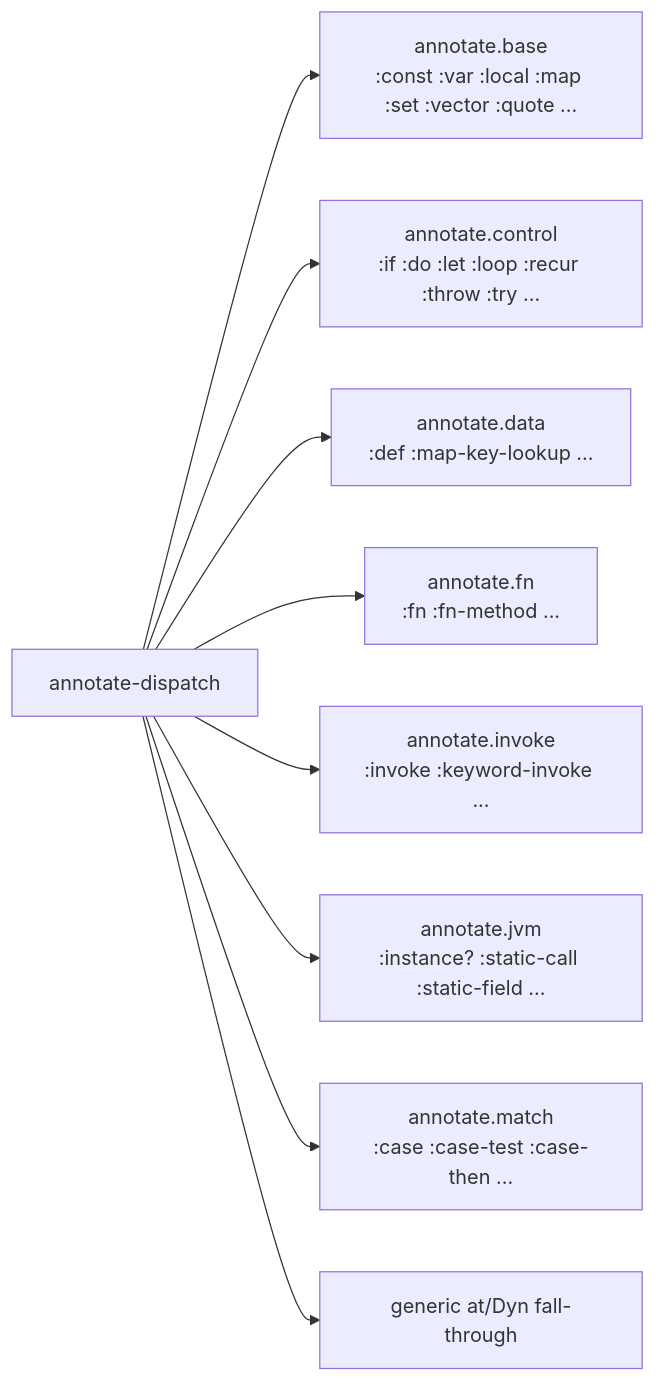
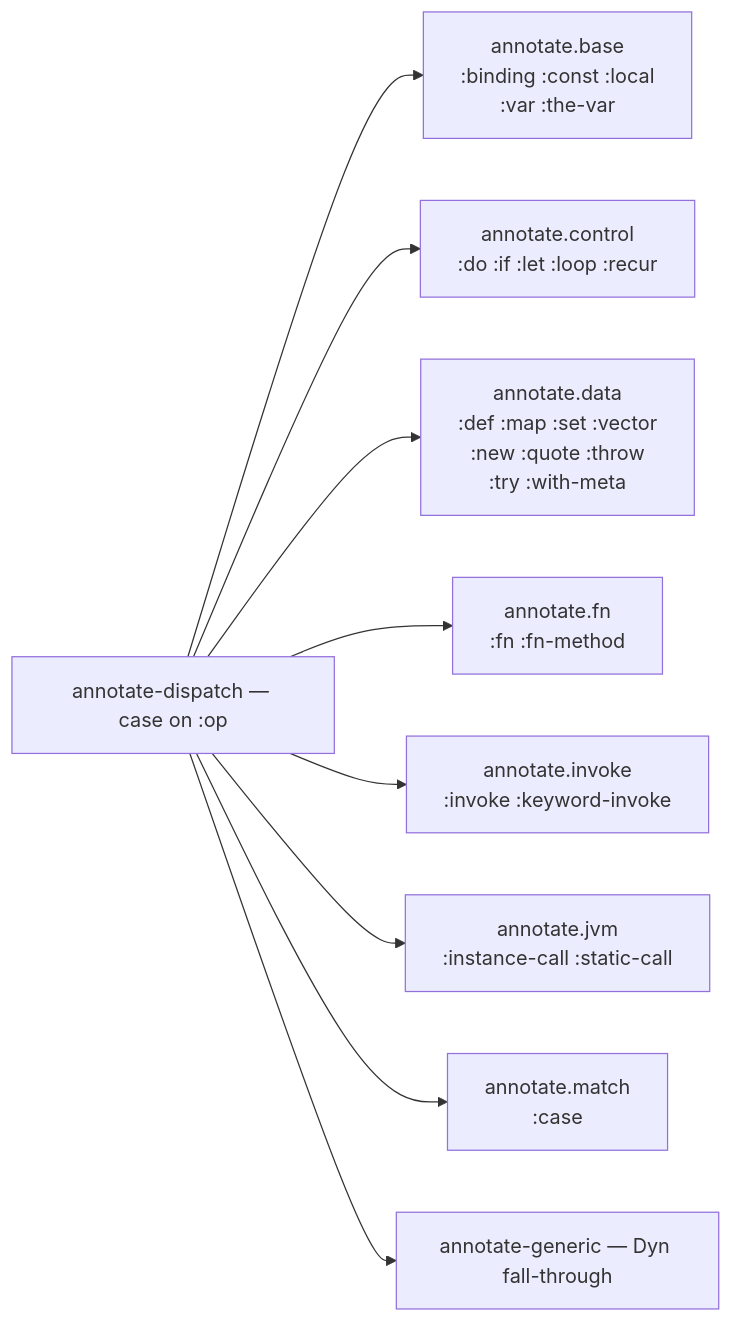
The diagram in skeptic/docs/walkthrough/06-annotation-pass.md (nomicflux/skeptic), drawn with Mermaid before and after one commit. The commit also changed other lines of this file and 12 other files, not shown here.

````diff
--- a/skeptic/docs/walkthrough/06-annotation-pass.md
+++ b/skeptic/docs/walkthrough/06-annotation-pass.md
@@ -63,20 +172,20 @@
 ```mermaid
 flowchart LR
-  dispatch[annotate-dispatch]
-  base[annotate.base<br/>:const :var :local :map :set :vector :quote ...]
-  ctrl[annotate.control<br/>:if :do :let :loop :recur :throw :try ...]
-  data[annotate.data<br/>:def :map-key-lookup ...]
-  fn[annotate.fn<br/>:fn :fn-method ...]
-  invoke[annotate.invoke<br/>:invoke :keyword-invoke ...]
-  jvm[annotate.jvm<br/>:instance? :static-call :static-field ...]
-  match[annotate.match<br/>:case :case-test :case-then ...]
-  fall[generic at/Dyn fall-through]
+  dispatch[annotate-dispatch — case on :op]
+  base[annotate.base<br/>:binding :const :local<br/>:var :the-var]
+  ctrl[annotate.control<br/>:do :if :let :loop :recur]
+  data[annotate.data<br/>:def :map :set :vector<br/>:new :quote :throw<br/>:try :with-meta]
+  fn[annotate.fn<br/>:fn :fn-method]
+  invoke[annotate.invoke<br/>:invoke :keyword-invoke]
+  jvm[annotate.jvm<br/>:instance-call :static-call]
+  match[annotate.match<br/>:case]
+  fall[annotate-generic — Dyn fall-through]
   dispatch --> base
   dispatch --> ctrl
   dispatch --> data
   dispatch --> fn
   dispatch --> invoke
   dispatch --> jvm
   dispatch --> match
   dispatch --> fall
 ```
````
